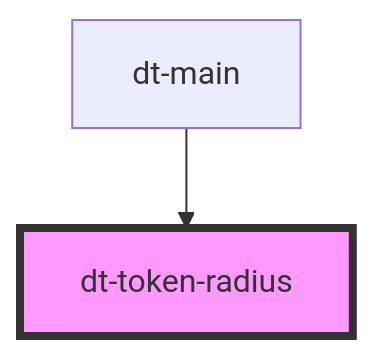
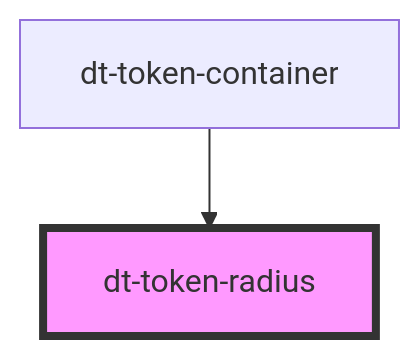
One commit to genexuslabs/design-tokens-editor changed the diagram in src/components/token-radius/readme.md. Above: the diagram before and after it, drawn with Mermaid. The commit also changed other lines of this file and 33 other files, not shown here.

Commit message:
finish token-container code

````diff
--- a/src/components/token-radius/readme.md
+++ b/src/components/token-radius/readme.md
@@ -22,5 +22,5 @@
 ```mermaid
 graph TD;
-  dt-main --> dt-token-radius
+  dt-token-container --> dt-token-radius
   style dt-token-radius fill:#f9f,stroke:#333,stroke-width:4px
 ```
````
